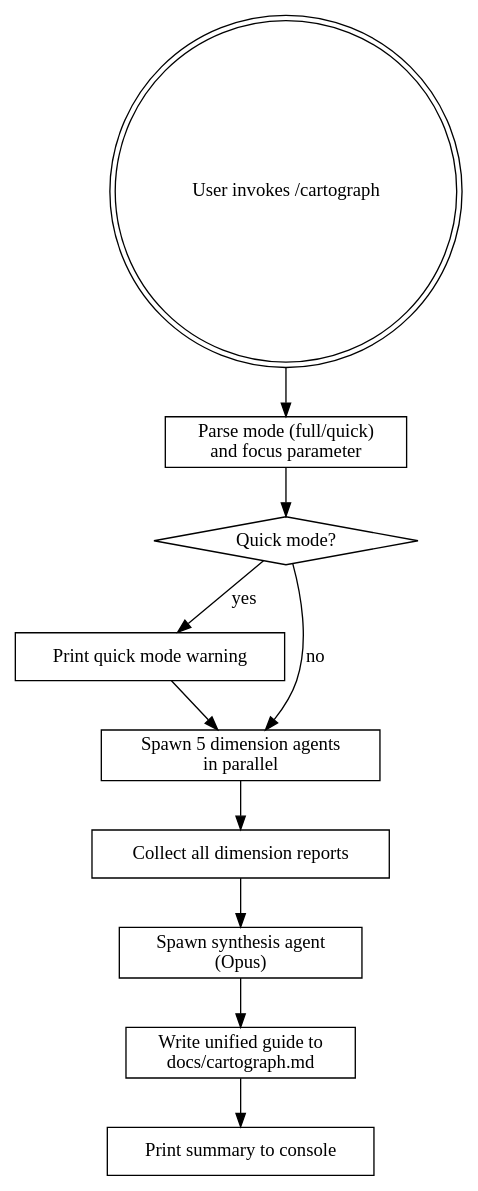
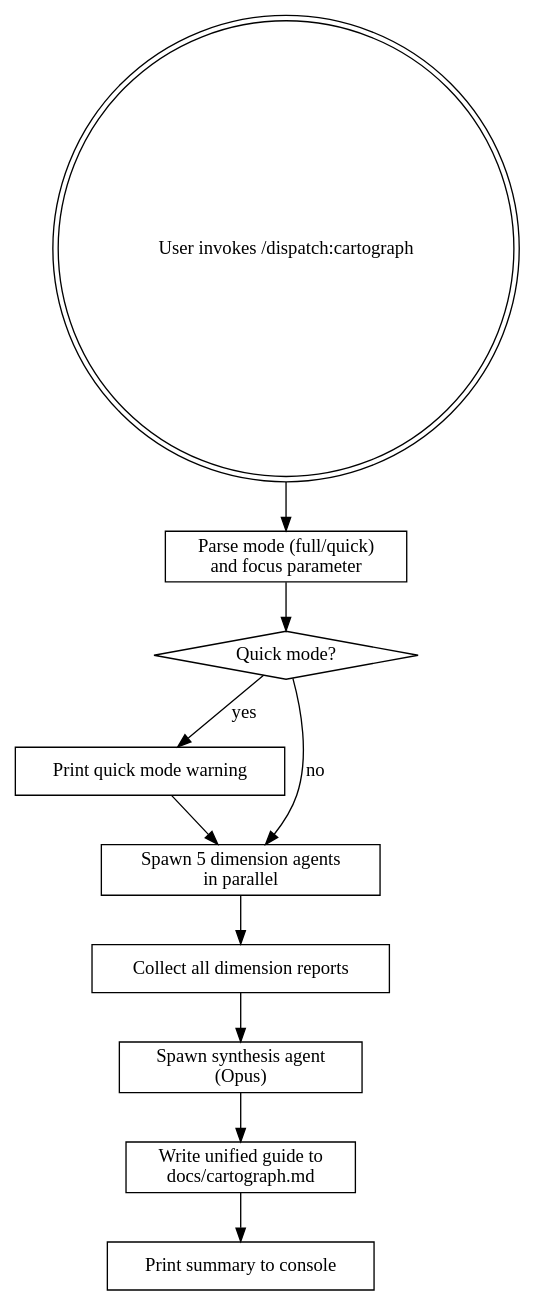
One commit to KwanwooLee36/dispatch changed the diagram in skills/cartograph/SKILL.md. Above: the diagram before and after it, drawn with Graphviz. The commit also changed other lines of this file and 9 other files, not shown here.

````diff
--- a/skills/cartograph/SKILL.md
+++ b/skills/cartograph/SKILL.md
@@ -37,26 +37,26 @@
 ```dot
 digraph cartograph_flow {
     rankdir=TB;
     node [shape=box];
 
-    start [label="User invokes /cartograph" shape=doublecircle];
+    start [label="User invokes /dispatch:cartograph" shape=doublecircle];
     parse [label="Parse mode (full/quick)\nand focus parameter"];
     warning [label="Quick mode?" shape=diamond];
     print_warning [label="Print quick mode warning"];
     dispatch [label="Spawn 5 dimension agents\nin parallel"];
     collect [label="Collect all dimension reports"];
     synthesis [label="Spawn synthesis agent\n(Opus)"];
     write [label="Write unified guide to\ndocs/cartograph.md"];
     console [label="Print summary to console"];
 
     start -> parse;
     parse -> warning;
     warning -> print_warning [label="yes"];
     warning -> dispatch [label="no"];
     print_warning -> dispatch;
     dispatch -> collect;
     collect -> synthesis;
     synthesis -> write;
     write -> console;
 }
 ```
````
